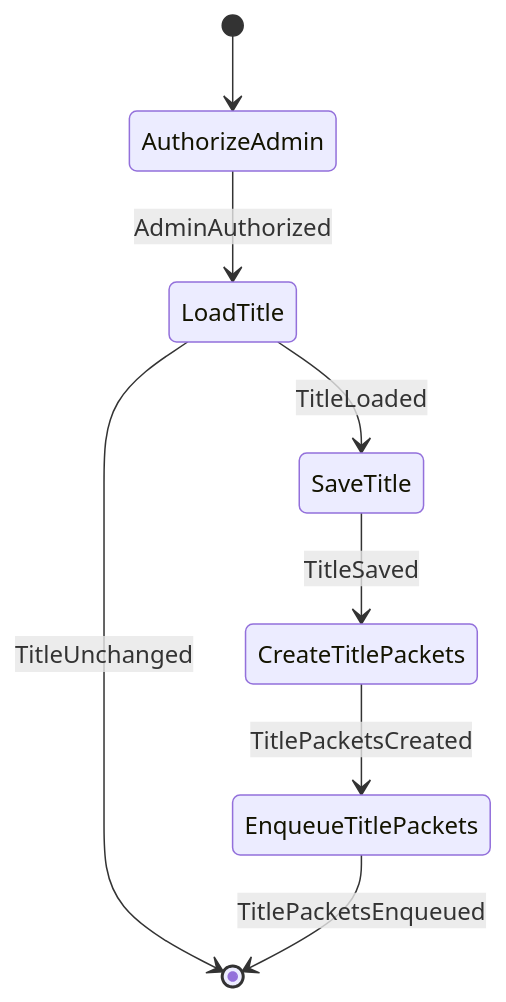
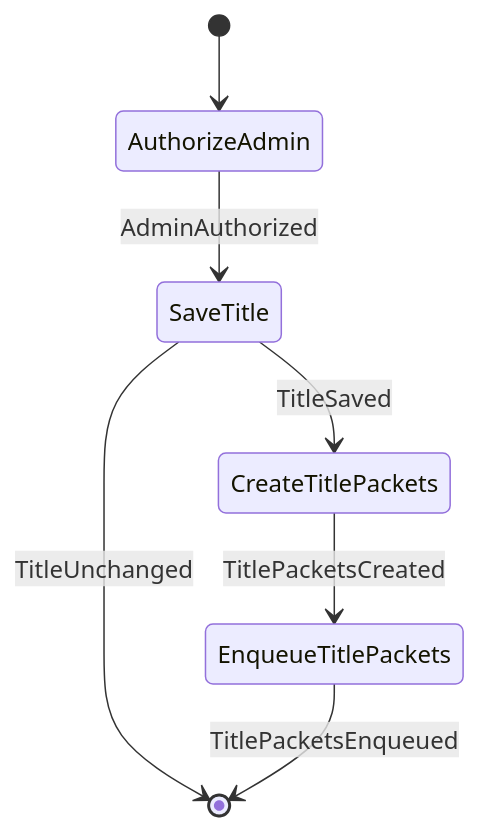
One commit to cbgm/Sparrow changed the eighth of 16 diagrams in docs/architecture/workflows/groupstate.md. Above: the diagram before and after it, drawn with Mermaid. The commit also changed other lines of this file and 226 other files, not shown here.

````diff
--- a/docs/architecture/workflows/groupstate.md
+++ b/docs/architecture/workflows/groupstate.md
@@ -185,10 +183,9 @@
 ```mermaid
 stateDiagram-v2
     [*] --> AuthorizeAdmin
-    AuthorizeAdmin --> LoadTitle : AdminAuthorized
-    LoadTitle --> SaveTitle : TitleLoaded
-    LoadTitle --> [*] : TitleUnchanged
+    AuthorizeAdmin --> SaveTitle : AdminAuthorized
     SaveTitle --> CreateTitlePackets : TitleSaved
+    SaveTitle --> [*] : TitleUnchanged
     CreateTitlePackets --> EnqueueTitlePackets : TitlePacketsCreated
     EnqueueTitlePackets --> [*] : TitlePacketsEnqueued
 ```
````
